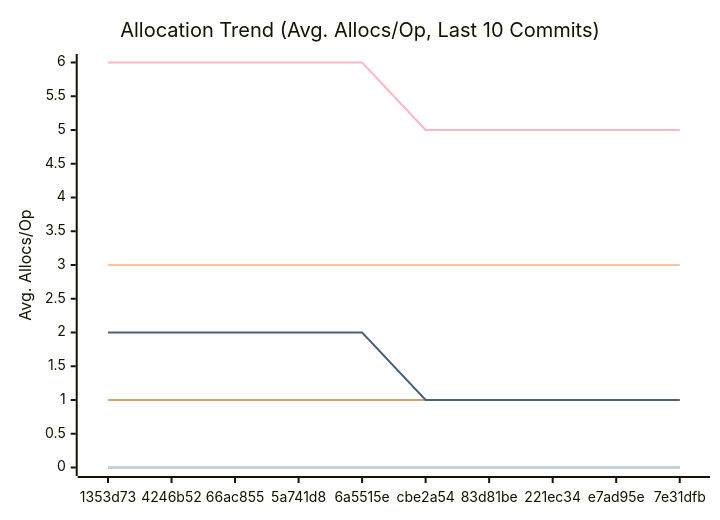
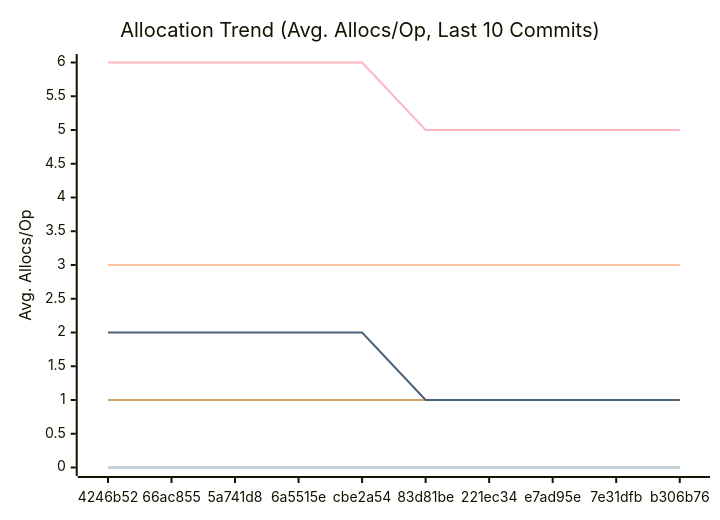
Before and after one commit to alsotoes/momo: the third of 3 diagrams in docs/PERFORMANCE.md, drawn with Mermaid. The commit also changed other lines of this file and 5 other files, not shown here.

````diff
--- a/docs/PERFORMANCE.md
+++ b/docs/PERFORMANCE.md
@@ -114,16 +114,16 @@
 ```mermaid
 xychart-beta
     title "Allocation Trend (Avg. Allocs/Op, Last 10 Commits)"
     x-axis "Commit"
     y-axis "Avg. Allocs/Op"
-    x-axis [1353d73,4246b52,66ac855,5a741d8,6a5515e,cbe2a54,83d81be,221ec34,e7ad95e,7e31dfb]
+    x-axis [4246b52,66ac855,5a741d8,6a5515e,cbe2a54,83d81be,221ec34,e7ad95e,7e31dfb,b306b76]
     line "CheckMetricsAndSwap" [0,0,0,0,0,0,0,0,0,0]
     line "CrushOptimized" [0,0,0,0,0,0,0,0,0,0]
     line "CrushOriginal" [3,3,3,3,3,3,3,3,3,3]
     line "IndexDirectTracking" [0,0,0,0,0,0,0,0,0,0]
     line "IndexSearch" [0,0,0,0,0,0,0,0,0,0]
     line "LoadGlobalConfig" [1,1,1,1,1,1,1,1,1,1]
     line "PadString" [0,0,0,0,0,0,0,0,0,0]
     line "ParseReplicationOrder_NoPrealloc" [6,6,6,6,6,5,5,5,5,5]
     line "ParseReplicationOrder_Prealloc" [2,2,2,2,2,1,1,1,1,1]
 ```
````
